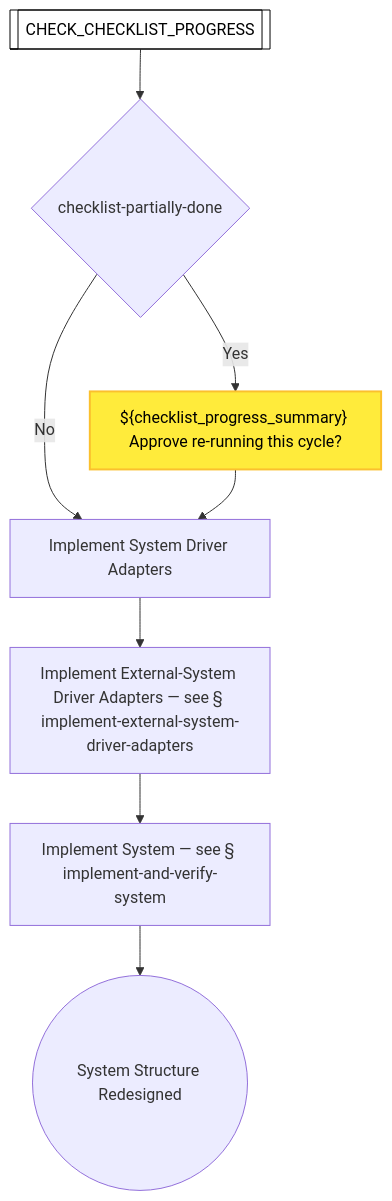
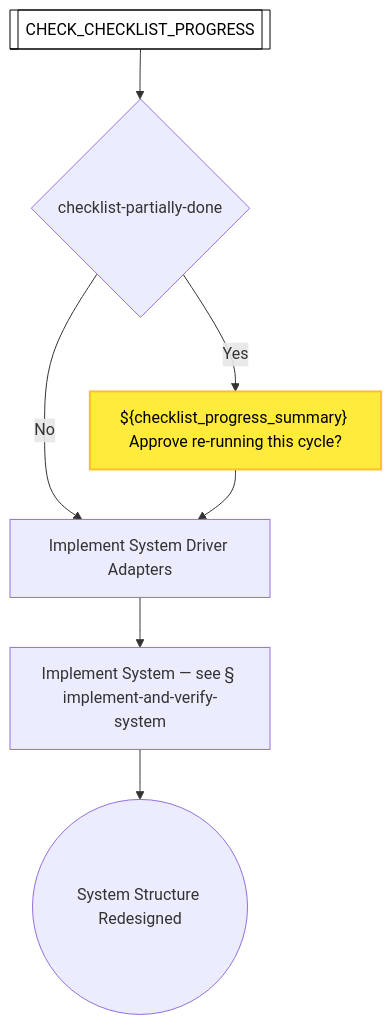
One commit to optivem/gh-optivem changed the tenth of 51 diagrams in docs/process-diagram.md. Above: the diagram before and after it, drawn with Mermaid. The commit also changed other lines of this file and 7 other files, not shown here.

Commit message:
atdd/runtime: split redesign-system-structure into system + external sibling cycles (plan 20260526-1431 Items 1-3)

````diff
--- a/docs/process-diagram.md
+++ b/docs/process-diagram.md
@@ -237,24 +243,22 @@
 ```mermaid
 flowchart TD
     CHECK_CHECKLIST_PROGRESS[[CHECK_CHECKLIST_PROGRESS]]
     GATE_CHECKLIST_PARTIALLY_DONE{checklist-partially-done}
     IMPLEMENT_AND_VERIFY_SYSTEM[Implement System — see § implement-and-verify-system]
-    IMPLEMENT_EXTERNAL_SYSTEM_DRIVER_ADAPTERS[Implement External-System Driver Adapters — see § implement-external-system-driver-adapters]
     IMPLEMENT_SYSTEM_DRIVER_ADAPTERS[Implement System Driver Adapters]
     REDESIGN_END((System Structure Redesigned))
     STOP_CHECKLIST_PARTIALLY_DONE["${checklist_progress_summary} Approve re-running this cycle?"]
 
     CHECK_CHECKLIST_PROGRESS --> GATE_CHECKLIST_PARTIALLY_DONE
     GATE_CHECKLIST_PARTIALLY_DONE -- Yes --> STOP_CHECKLIST_PARTIALLY_DONE
     GATE_CHECKLIST_PARTIALLY_DONE -- No --> IMPLEMENT_SYSTEM_DRIVER_ADAPTERS
     STOP_CHECKLIST_PARTIALLY_DONE --> IMPLEMENT_SYSTEM_DRIVER_ADAPTERS
-    IMPLEMENT_SYSTEM_DRIVER_ADAPTERS --> IMPLEMENT_EXTERNAL_SYSTEM_DRIVER_ADAPTERS
-    IMPLEMENT_EXTERNAL_SYSTEM_DRIVER_ADAPTERS --> IMPLEMENT_AND_VERIFY_SYSTEM
+    IMPLEMENT_SYSTEM_DRIVER_ADAPTERS --> IMPLEMENT_AND_VERIFY_SYSTEM
     IMPLEMENT_AND_VERIFY_SYSTEM --> REDESIGN_END
 
     classDef serviceNode fill:#ffffff,stroke:#000000,stroke-width:1px,color:#000000
     class CHECK_CHECKLIST_PROGRESS serviceNode
 
     classDef humanNode fill:#ffeb3b,stroke:#fbc02d,stroke-width:2px,color:#000000
     class STOP_CHECKLIST_PARTIALLY_DONE humanNode
 ```
````
